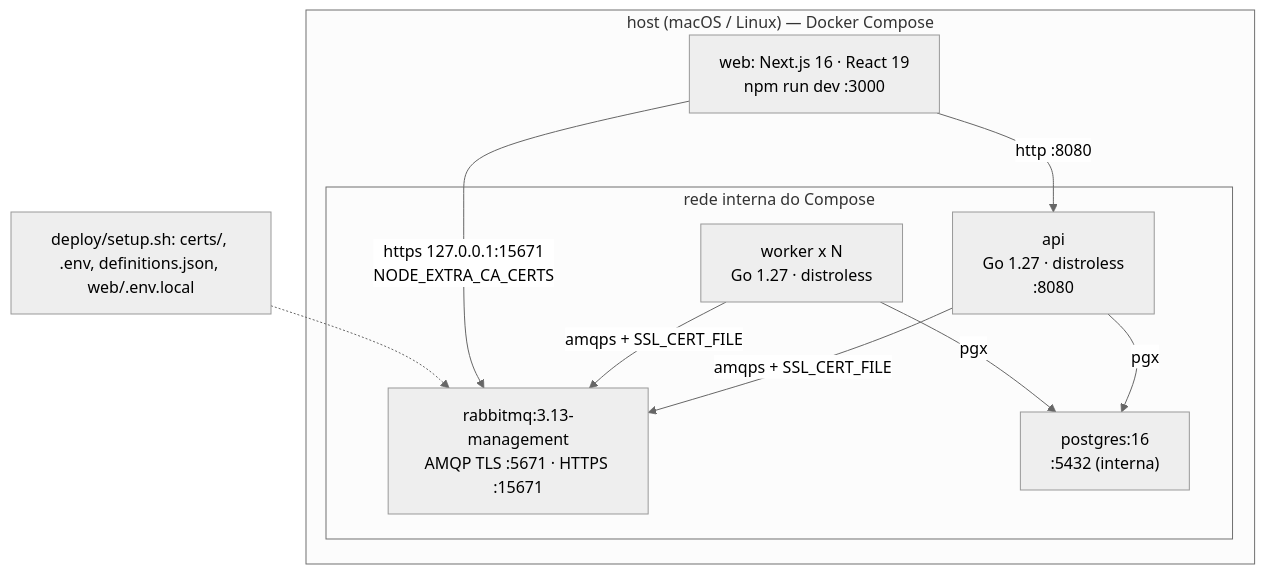
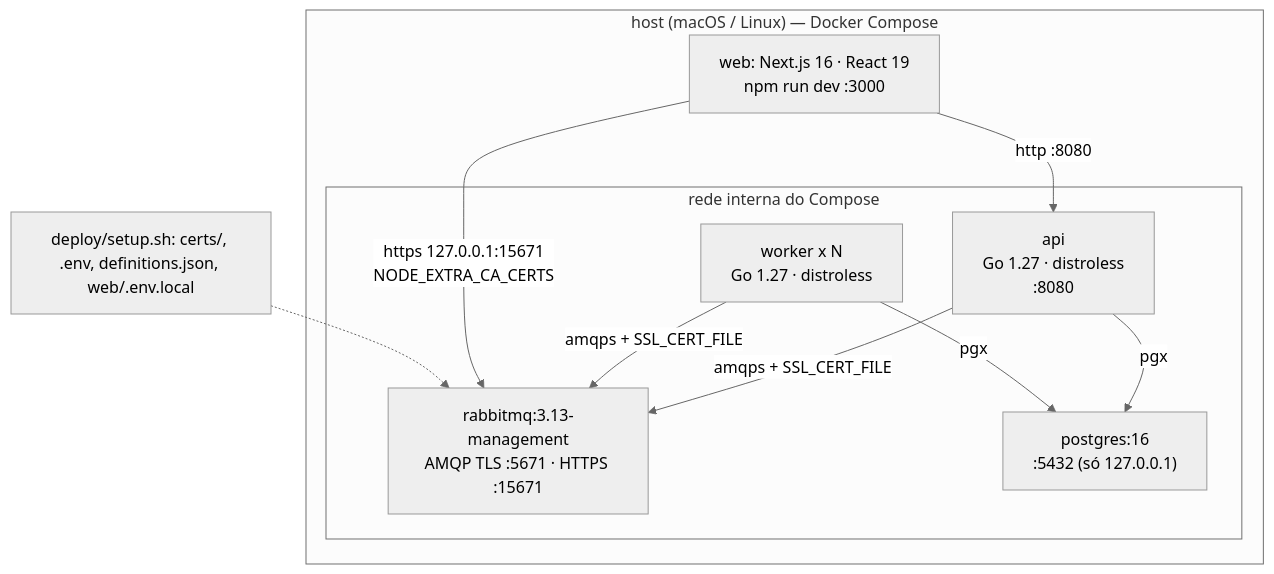
Before and after one commit to NicolasPaterno/message-queue-ecommerce: the diagram in docs/diagramas/implantacao.mmd, drawn with Mermaid (neutral theme). The commit also changed 2 other files, not shown here.

Commit message:
feat(deploy): publish postgres on localhost

```diff
--- a/docs/diagramas/implantacao.mmd
+++ b/docs/diagramas/implantacao.mmd
@@ -1,17 +1,17 @@
 flowchart TB
     subgraph H["host (macOS / Linux) — Docker Compose"]
         subgraph N["rede interna do Compose"]
             API["api<br/>Go 1.27 · distroless<br/>:8080"]
             WK["worker x N<br/>Go 1.27 · distroless"]
             RMQ["rabbitmq:3.13-management<br/>AMQP TLS :5671 · HTTPS :15671"]
-            PG["postgres:16<br/>:5432 (interna)"]
+            PG["postgres:16<br/>:5432 (só 127.0.0.1)"]
         end
         WEB["web: Next.js 16 · React 19<br/>npm run dev :3000"]
     end
     API -->|"amqps + SSL_CERT_FILE"| RMQ
     WK -->|"amqps + SSL_CERT_FILE"| RMQ
     API -->|pgx| PG
     WK -->|pgx| PG
     WEB -->|"https 127.0.0.1:15671<br/>NODE_EXTRA_CA_CERTS"| RMQ
     WEB -->|"http :8080"| API
     S["deploy/setup.sh: certs/, .env, definitions.json, web/.env.local"] -.-> RMQ
```
